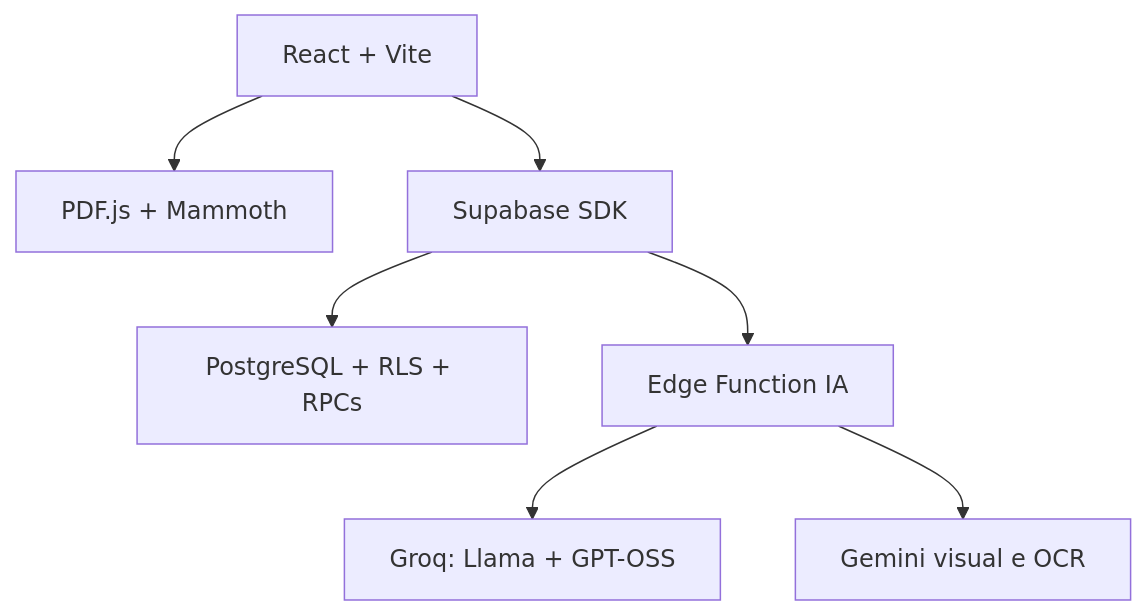
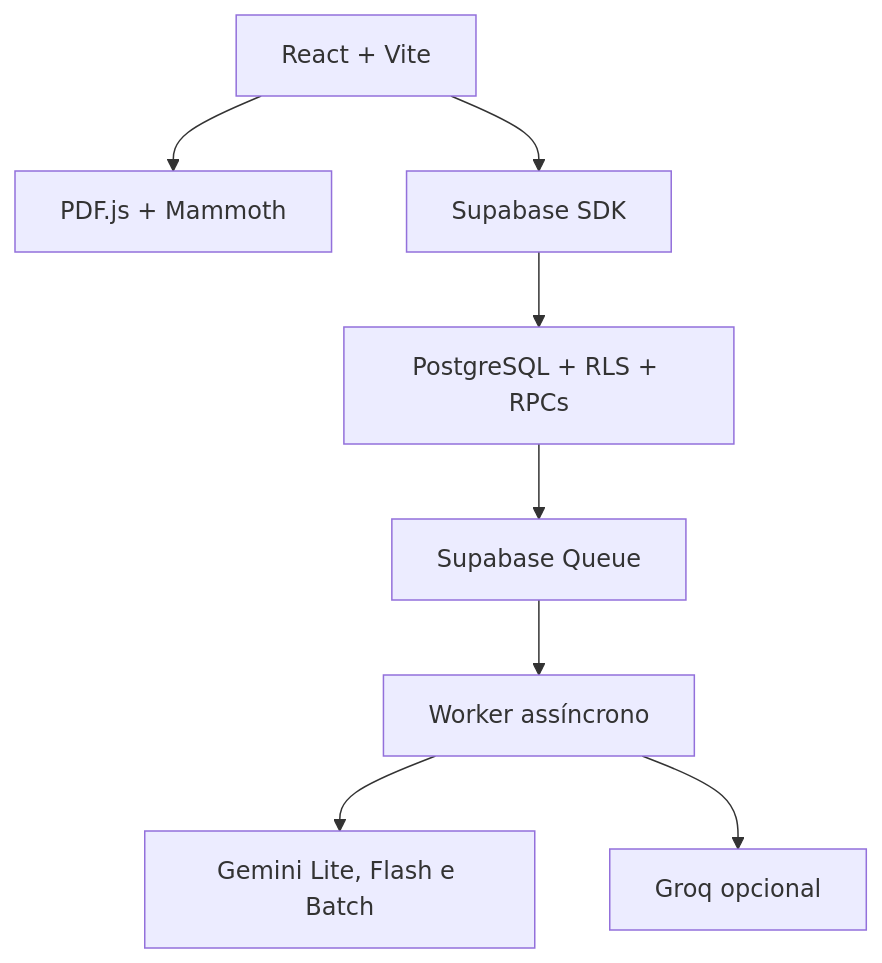
One commit to Johnny117-maker/plataforma-estudos-2 changed the diagram in README.md. Above: the diagram before and after it, drawn with Mermaid. The commit also changed other lines of this file and 16 other files, not shown here.

````diff
--- a/README.md
+++ b/README.md
@@ -29,9 +30,10 @@
 ```mermaid
 flowchart TD
   UI[React + Vite] --> LOCAL[PDF.js + Mammoth]
   UI --> SDK[Supabase SDK]
   SDK --> DB[PostgreSQL + RLS + RPCs]
-  SDK --> EDGE[Edge Function IA]
-  EDGE --> GROQ[Groq: Llama + GPT-OSS]
-  EDGE --> GEMINI[Gemini visual e OCR]
+  DB --> QUEUE[Supabase Queue]
+  QUEUE --> WORKER[Worker assíncrono]
+  WORKER --> GEMINI[Gemini Lite, Flash e Batch]
+  WORKER --> GROQ[Groq opcional]
 ```
````
